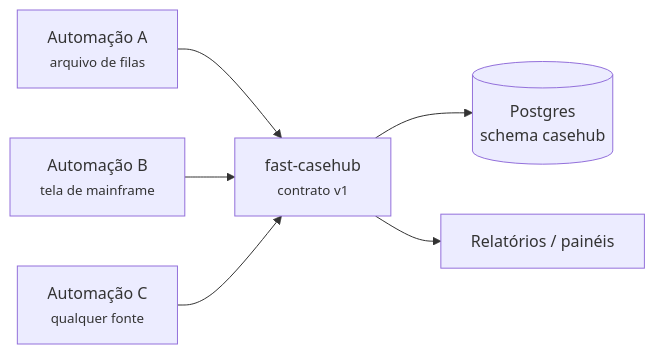
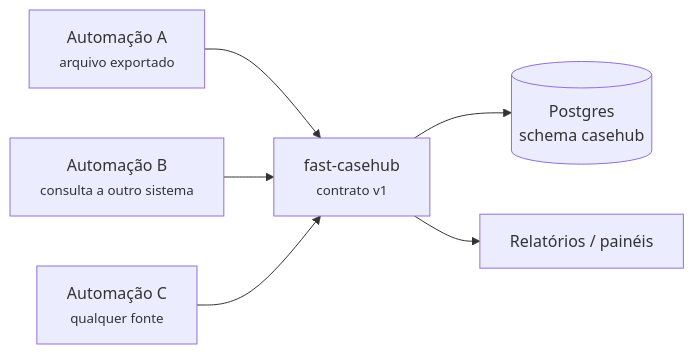
Before and after one commit to MatheusLPolidoro/docs-casehub: the first of 3 diagrams in docs/sobre.md, drawn with Mermaid. The commit also changed other lines of this file and 28 other files, not shown here.

````diff
--- a/docs/sobre.md
+++ b/docs/sobre.md
@@ -8,8 +8,8 @@
 ```mermaid
 flowchart LR
-    A["Automação A<br/><small>arquivo de filas</small>"] --> API
-    B["Automação B<br/><small>tela de mainframe</small>"] --> API
+    A["Automação A<br/><small>arquivo exportado</small>"] --> API
+    B["Automação B<br/><small>consulta a outro sistema</small>"] --> API
     C["Automação C<br/><small>qualquer fonte</small>"] --> API
     API["fast-casehub<br/><small>contrato v1</small>"] --> DB[("Postgres<br/>schema casehub")]
     API --> R["Relatórios / painéis"]
 ```
````
